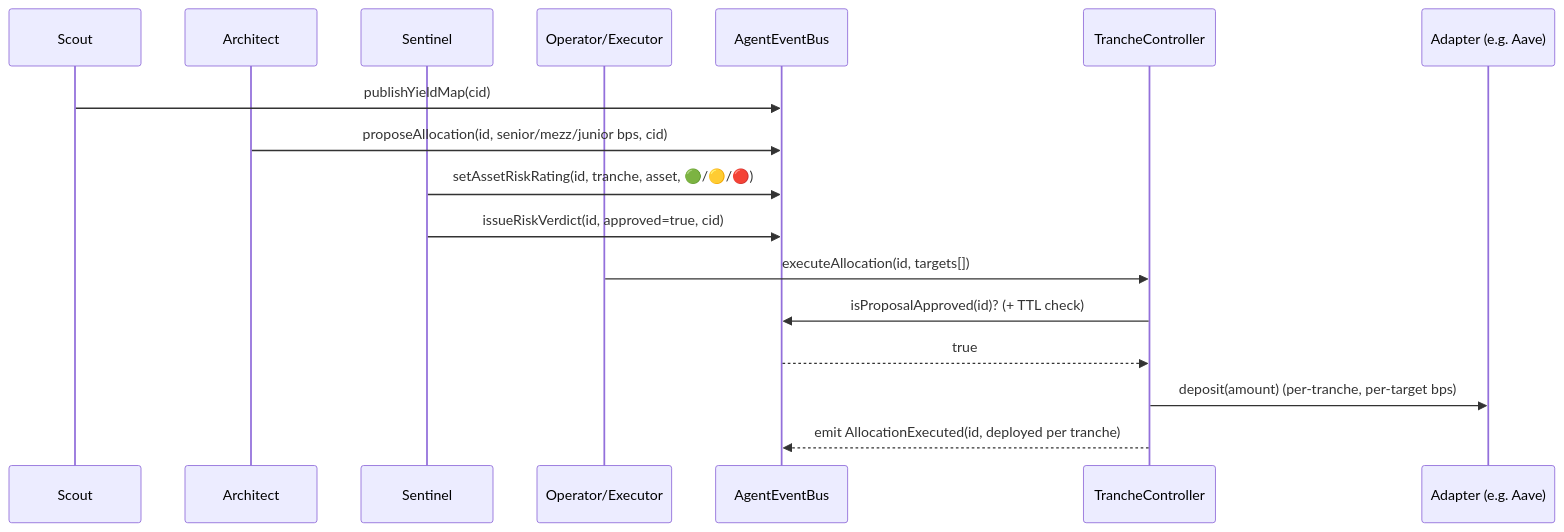
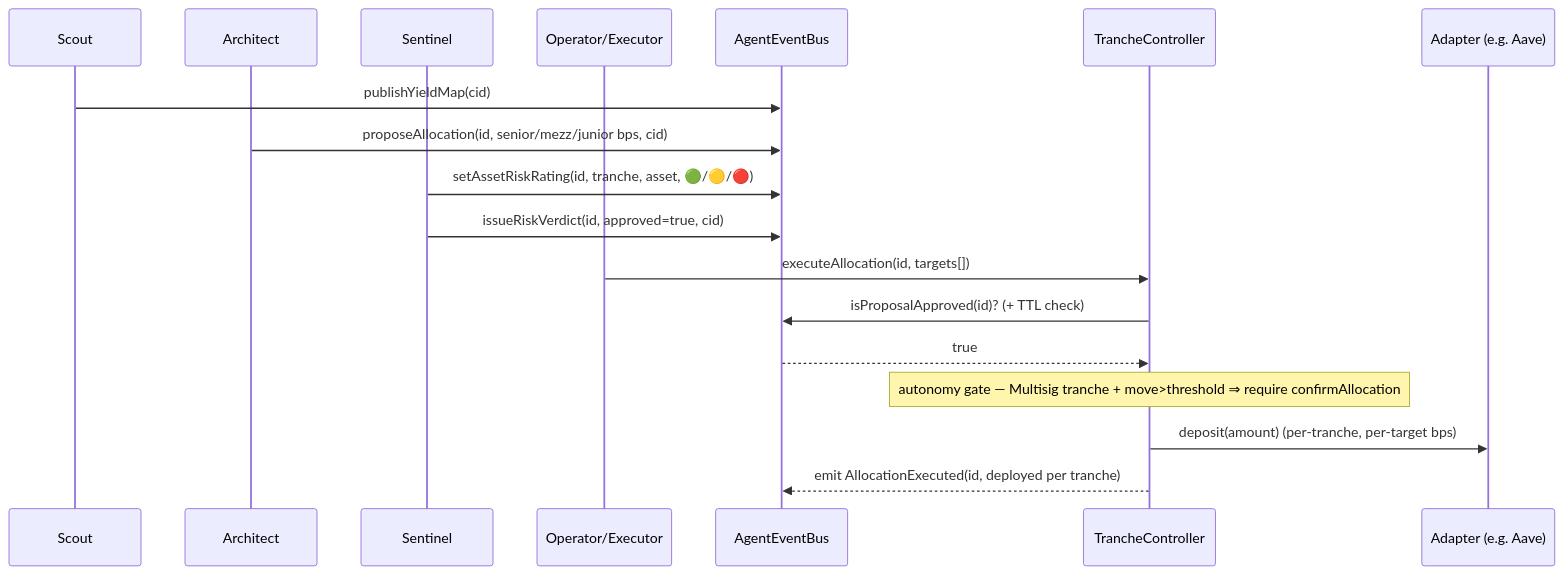
One commit to prathadox/strata changed the second of 2 diagrams in contracts/ARCHITECTURE.md. Above: the diagram before and after it, drawn with Mermaid. The commit also changed other lines of this file and 1 other file, not shown here.

Commit message:
contracts: refresh ARCHITECTURE + add ONBOARDING handoff doc

````diff
--- a/contracts/ARCHITECTURE.md
+++ b/contracts/ARCHITECTURE.md
@@ -143,20 +181,21 @@
 ```mermaid
 sequenceDiagram
     participant Sc as Scout
     participant Ar as Architect
     participant Se as Sentinel
     participant Op as Operator/Executor
     participant Bus as AgentEventBus
     participant Ctrl as TrancheController
     participant Ad as Adapter (e.g. Aave)
 
     Sc->>Bus: publishYieldMap(cid)
     Ar->>Bus: proposeAllocation(id, senior/mezz/junior bps, cid)
     Se->>Bus: setAssetRiskRating(id, tranche, asset, 🟢/🟡/🔴)
     Se->>Bus: issueRiskVerdict(id, approved=true, cid)
     Op->>Ctrl: executeAllocation(id, targets[])
     Ctrl->>Bus: isProposalApproved(id)?  (+ TTL check)
     Bus-->>Ctrl: true
+    Note over Ctrl: autonomy gate — Multisig tranche + move>threshold ⇒ require confirmAllocation
     Ctrl->>Ad: deposit(amount)  (per-tranche, per-target bps)
     Ctrl-->>Bus: emit AllocationExecuted(id, deployed per tranche)
 ```
````
